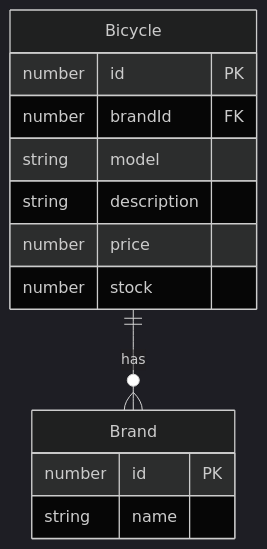
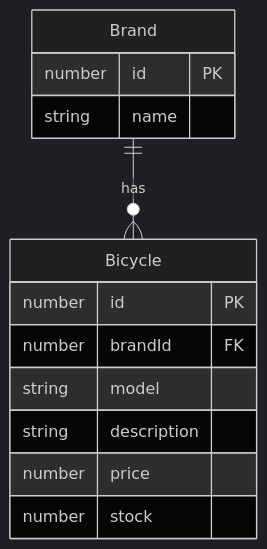
One commit to tcrurav/TypeScript-Express-Sequelize-Associations_and_Queries-Example changed the diagram in README.md. Above: the diagram before and after it, drawn with Mermaid (dark theme). The commit also changed other lines of this file, not shown here.

Commit message:
fix: README.md ER Diagram

````diff
--- a/README.md
+++ b/README.md
@@ -4,18 +3,18 @@
 ```mermaid
 erDiagram
+    Brand ||--o{ Bicycle : has
+
+    Brand {
+        number id PK
+        string name
+    }
+
     Bicycle {
         number id PK
         number brandId FK
         string model
         string description
         number price
         number stock
     }
-
-    Brand {
-        number id PK
-        string name
-    }
-
-    Bicycle ||--o{ Brand : has
 ```
````
